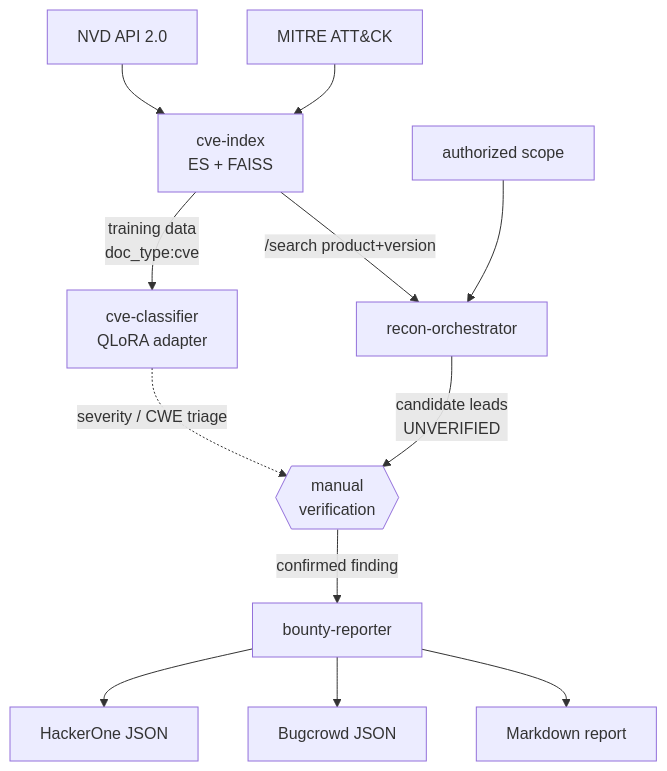
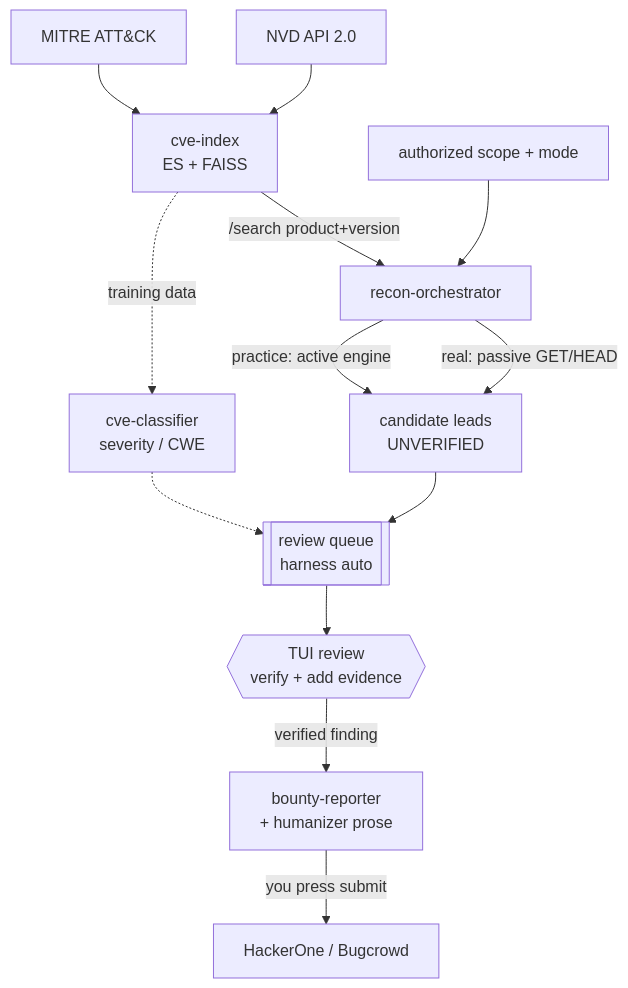
One commit to amansingh909/security-harness changed the diagram in README.md. Above: the diagram before and after it, drawn with Mermaid. The commit also changed other lines of this file and 3 other files, not shown here.

````diff
--- a/README.md
+++ b/README.md
@@ -47,14 +60,15 @@
 ```mermaid
 flowchart TD
     NVD[NVD API 2.0] --> IDX[cve-index<br/>ES + FAISS]
     ATTACK[MITRE ATT&CK] --> IDX
-    IDX -->|training data<br/>doc_type:cve| CLS[cve-classifier<br/>QLoRA adapter]
     IDX -->|/search product+version| RECON[recon-orchestrator]
-    SCOPE[authorized scope] --> RECON
-    RECON -->|candidate leads<br/>UNVERIFIED| HUMAN{{manual<br/>verification}}
-    CLS -.->|severity / CWE triage| HUMAN
-    HUMAN -->|confirmed finding| RPT[bounty-reporter]
-    RPT --> H1[HackerOne JSON]
-    RPT --> BC[Bugcrowd JSON]
-    RPT --> MD[Markdown report]
+    SCOPE[authorized scope + mode] --> RECON
+    RECON -->|real: passive GET/HEAD| LEADS[candidate leads<br/>UNVERIFIED]
+    RECON -->|practice: active engine| LEADS
+    IDX -.->|training data| CLS[cve-classifier<br/>severity / CWE]
+    LEADS --> QUEUE[[review queue<br/>harness auto]]
+    CLS -.-> QUEUE
+    QUEUE --> HUMAN{{TUI review<br/>verify + add evidence}}
+    HUMAN -->|verified finding| RPT[bounty-reporter<br/>+ humanizer prose]
+    RPT -->|you press submit| H1[HackerOne / Bugcrowd]
 ```
````
